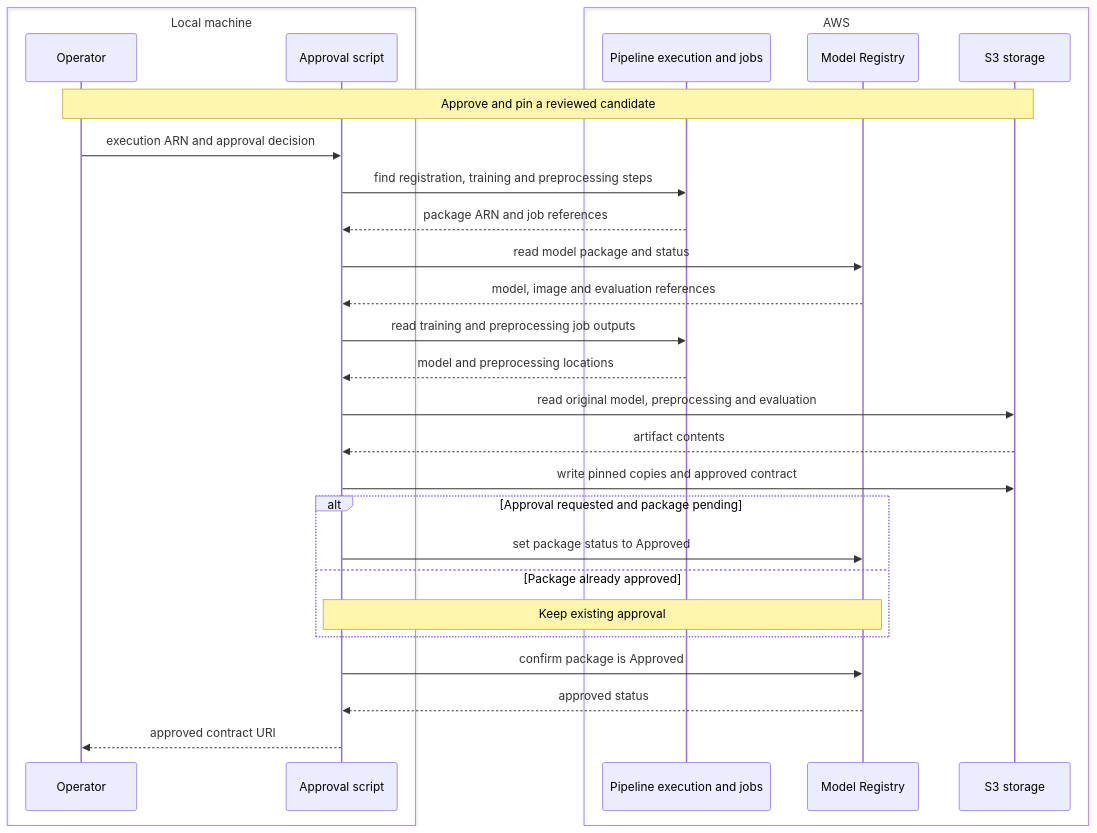
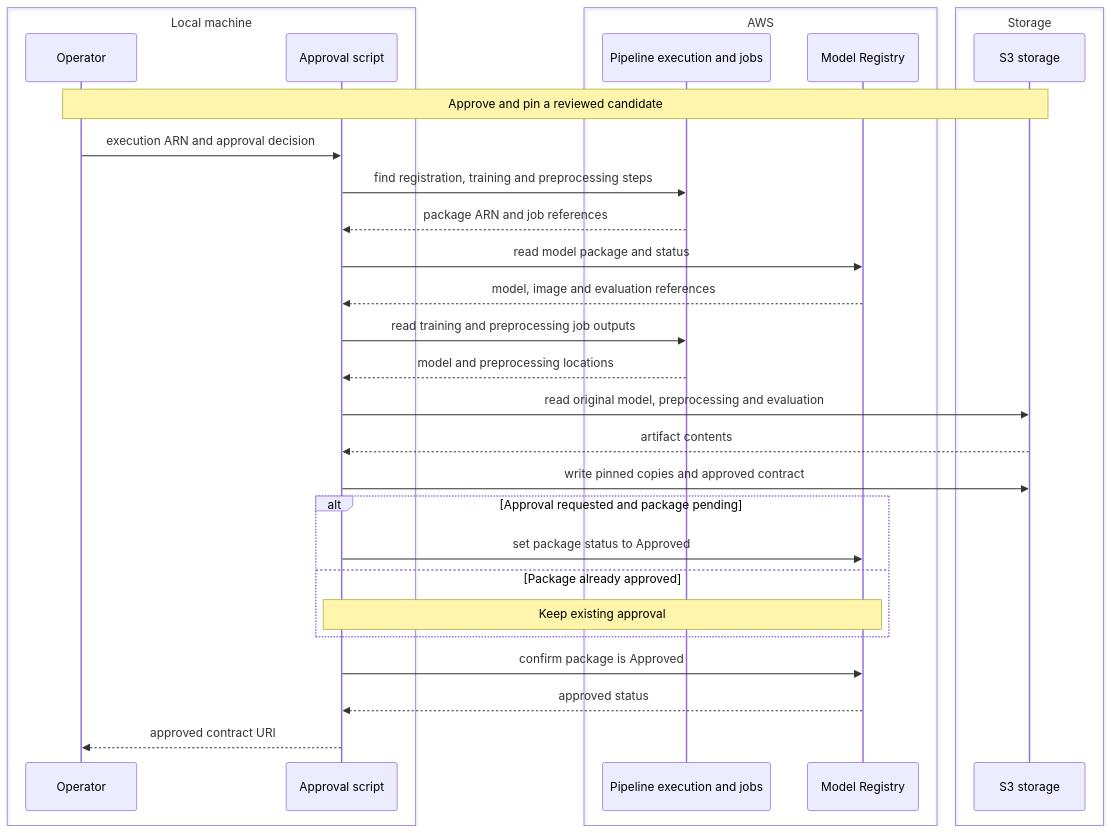
Before and after one commit to MaximeBoulat/customer-churn-pipeline: the diagram in Documentation/Pipeline/Children/Approval/Resources/SequenceDiagram_Action_1.md, drawn with Mermaid. The commit also changed 3 other files, not shown here.

````diff
--- a/Documentation/Pipeline/Children/Approval/Resources/SequenceDiagram_Action_1.md
+++ b/Documentation/Pipeline/Children/Approval/Resources/SequenceDiagram_Action_1.md
@@ -1,31 +1,37 @@
 ```mermaid
 sequenceDiagram
     box Local machine
         participant Operator
         participant Script as Approval script
     end
     box AWS
         participant Execution as Pipeline execution and jobs
         participant Registry as Model Registry
+
+    end 
+
+    box Storage
         participant S3 as S3 storage
+
     end
+
     Note over Operator,S3: Approve and pin a reviewed candidate
     Operator->>Script: execution ARN and approval decision
     Script->>Execution: find registration, training and preprocessing steps
     Execution-->>Script: package ARN and job references
     Script->>Registry: read model package and status
     Registry-->>Script: model, image and evaluation references
     Script->>Execution: read training and preprocessing job outputs
     Execution-->>Script: model and preprocessing locations
     Script->>S3: read original model, preprocessing and evaluation
     S3-->>Script: artifact contents
     Script->>S3: write pinned copies and approved contract
     alt Approval requested and package pending
         Script->>Registry: set package status to Approved
     else Package already approved
         Note over Script,Registry: Keep existing approval
     end
     Script->>Registry: confirm package is Approved
     Registry-->>Script: approved status
     Script-->>Operator: approved contract URI
 ```
````
